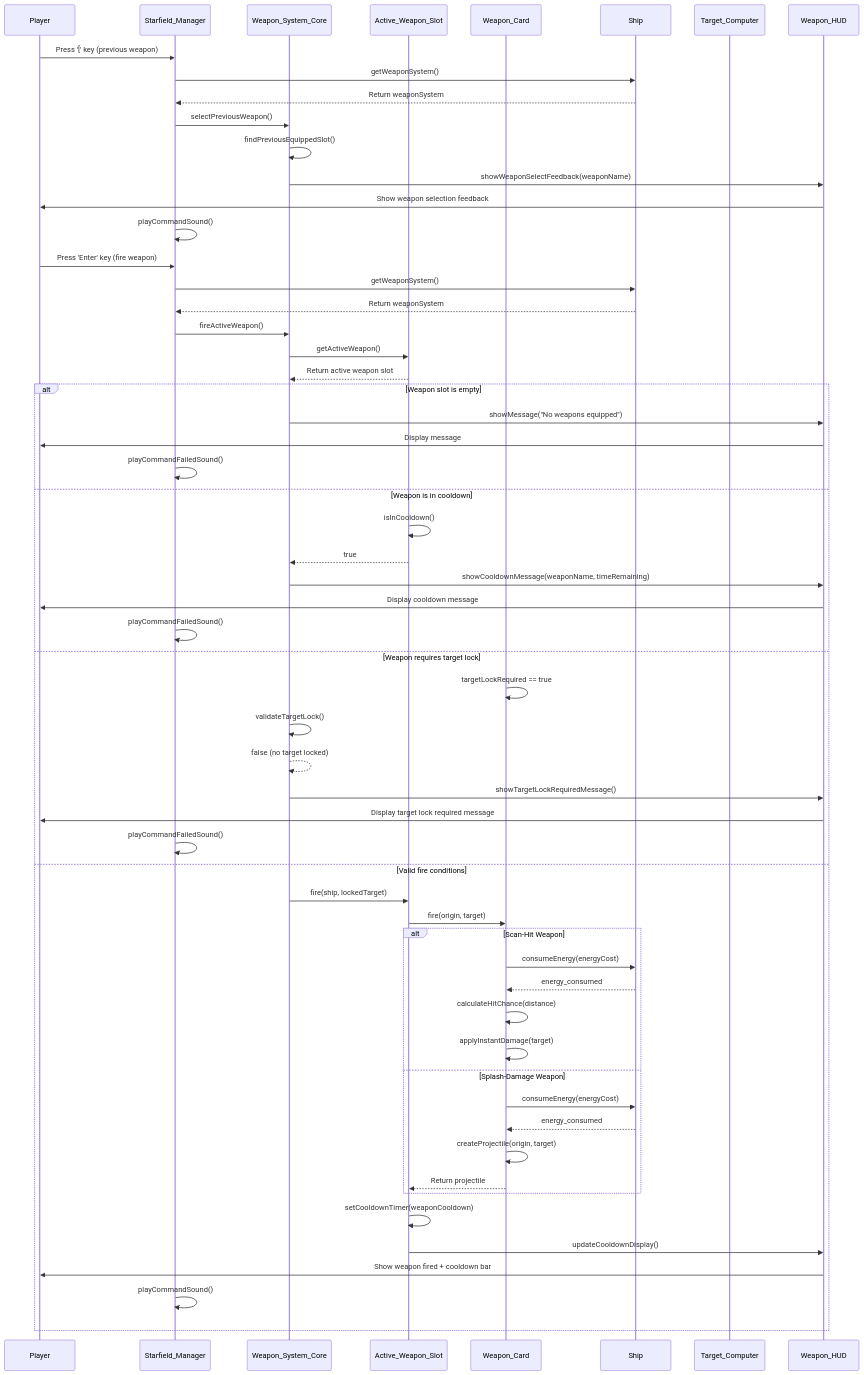
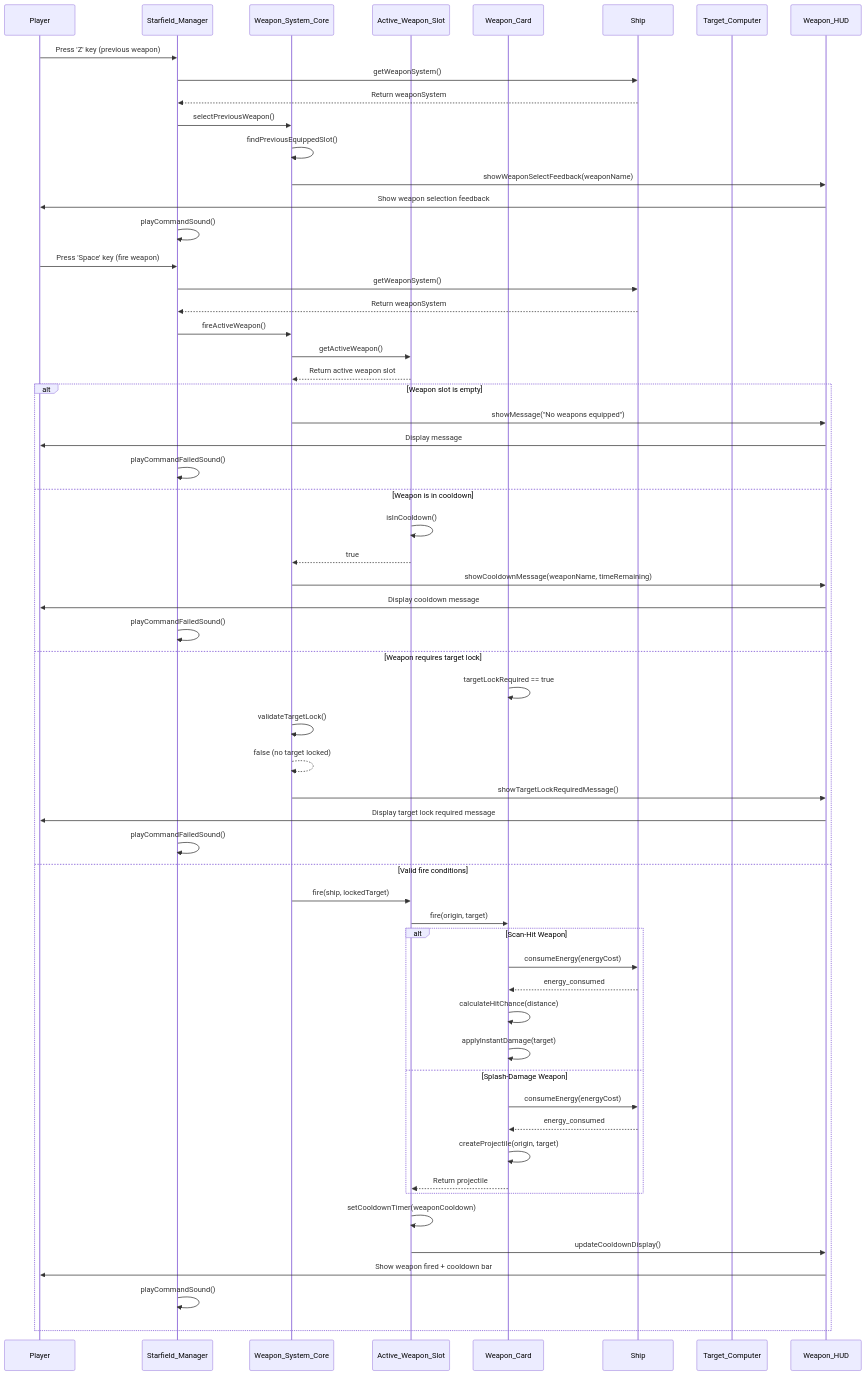
Before and after one commit to thoracle/planetz: diagram 18 of 24 in docs/system_architecture.md, drawn with Mermaid. The commit also changed other lines of this file and 18 other files, not shown here.

````diff
--- a/docs/system_architecture.md
+++ b/docs/system_architecture.md
@@ -1080,66 +1080,66 @@
 ```mermaid
 sequenceDiagram
     participant Player
     participant StarfieldManager as Starfield_Manager
     participant WeaponSystemCore as Weapon_System_Core
     participant WeaponSlot as Active_Weapon_Slot
     participant WeaponCard as Weapon_Card
     participant Ship
     participant TargetComputer as Target_Computer
     participant WeaponHUD as Weapon_HUD
 
-    Player->>StarfieldManager: Press '[' key (previous weapon)
+    Player->>StarfieldManager: Press 'Z' key (previous weapon)
     StarfieldManager->>Ship: getWeaponSystem()
     Ship-->>StarfieldManager: Return weaponSystem
     StarfieldManager->>WeaponSystemCore: selectPreviousWeapon()
     WeaponSystemCore->>WeaponSystemCore: findPreviousEquippedSlot()
     WeaponSystemCore->>WeaponHUD: showWeaponSelectFeedback(weaponName)
     WeaponHUD->>Player: Show weapon selection feedback
     StarfieldManager->>StarfieldManager: playCommandSound()
 
-    Player->>StarfieldManager: Press 'Enter' key (fire weapon)
+    Player->>StarfieldManager: Press 'Space' key (fire weapon)
     StarfieldManager->>Ship: getWeaponSystem()
     Ship-->>StarfieldManager: Return weaponSystem
     StarfieldManager->>WeaponSystemCore: fireActiveWeapon()
     WeaponSystemCore->>WeaponSlot: getActiveWeapon()
     WeaponSlot-->>WeaponSystemCore: Return active weapon slot
 
     alt Weapon slot is empty
         WeaponSystemCore->>WeaponHUD: showMessage("No weapons equipped")
         WeaponHUD->>Player: Display message
         StarfieldManager->>StarfieldManager: playCommandFailedSound()
     else Weapon is in cooldown
         WeaponSlot->>WeaponSlot: isInCooldown()
         WeaponSlot-->>WeaponSystemCore: true
         WeaponSystemCore->>WeaponHUD: showCooldownMessage(weaponName, timeRemaining)
         WeaponHUD->>Player: Display cooldown message
         StarfieldManager->>StarfieldManager: playCommandFailedSound()
     else Weapon requires target lock
         WeaponCard->>WeaponCard: targetLockRequired == true
         WeaponSystemCore->>WeaponSystemCore: validateTargetLock()
         WeaponSystemCore-->>WeaponSystemCore: false (no target locked)
         WeaponSystemCore->>WeaponHUD: showTargetLockRequiredMessage()
         WeaponHUD->>Player: Display target lock required message
         StarfieldManager->>StarfieldManager: playCommandFailedSound()
     else Valid fire conditions
         WeaponSystemCore->>WeaponSlot: fire(ship, lockedTarget)
         WeaponSlot->>WeaponCard: fire(origin, target)
         
         alt Scan-Hit Weapon
             WeaponCard->>Ship: consumeEnergy(energyCost)
             Ship-->>WeaponCard: energy_consumed
             WeaponCard->>WeaponCard: calculateHitChance(distance)
             WeaponCard->>WeaponCard: applyInstantDamage(target)
         else Splash-Damage Weapon
             WeaponCard->>Ship: consumeEnergy(energyCost)
             Ship-->>WeaponCard: energy_consumed
             WeaponCard->>WeaponCard: createProjectile(origin, target)
             WeaponCard-->>WeaponSlot: Return projectile
         end
         
         WeaponSlot->>WeaponSlot: setCooldownTimer(weaponCooldown)
         WeaponSlot->>WeaponHUD: updateCooldownDisplay()
         WeaponHUD->>Player: Show weapon fired + cooldown bar
         StarfieldManager->>StarfieldManager: playCommandSound()
     end
 ```
````
